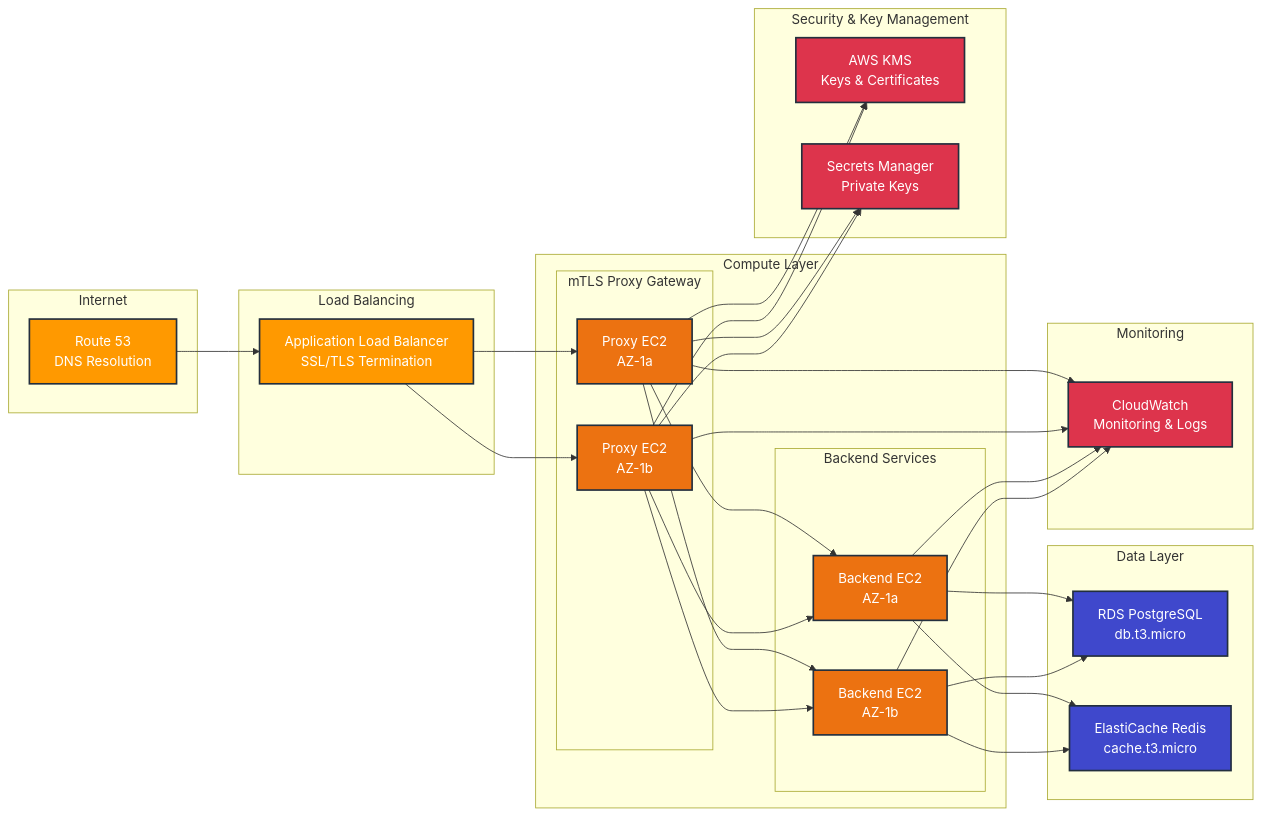
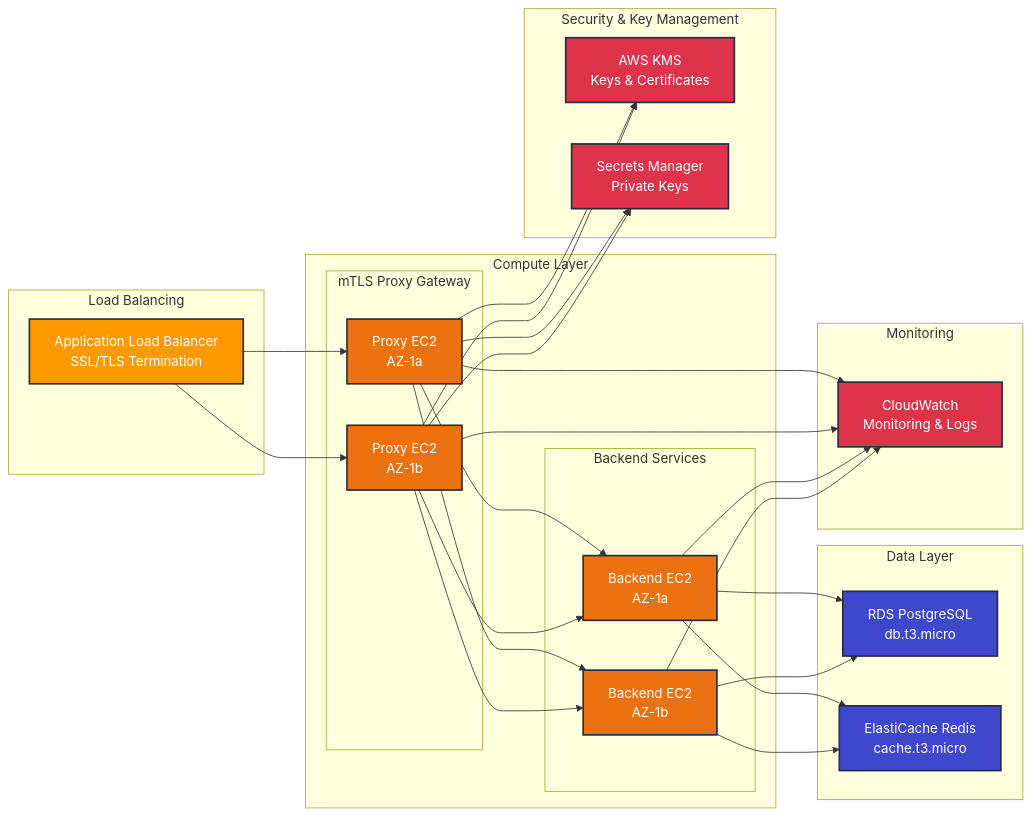
One commit to pxuanbach/Zero-Trust-API-Authentication changed the diagram in docs/diagram/Propose2_AWS_Architecture_Mermaid.md. Above: the diagram before and after it, drawn with Mermaid. The commit also changed 2 other files, not shown here.

Commit message:
Update AWS architecture docs and diagrams
Refactored architecture diagrams and documentation to remove Route 53 DNS layer, clarify component roles, and provide more detailed technical stack explanations for mTLS proxy, authentication, and backend services.

````diff
--- a/docs/diagram/Propose2_AWS_Architecture_Mermaid.md
+++ b/docs/diagram/Propose2_AWS_Architecture_Mermaid.md
@@ -3,70 +3,65 @@
 ```mermaid
 graph LR
-    subgraph "Internet"
-        DNS[Route 53<br/>DNS Resolution]
-    end
-    
     subgraph "Load Balancing"
         ALB[Application Load Balancer<br/>SSL/TLS Termination]
     end
     
     subgraph "Compute Layer"
         subgraph "mTLS Proxy Gateway"
             P1[Proxy EC2<br/>AZ-1a]
             P2[Proxy EC2<br/>AZ-1b]
         end
         
         subgraph "Backend Services"
             B1[Backend EC2<br/>AZ-1a]
             B2[Backend EC2<br/>AZ-1b]
         end
     end
     
     subgraph "Security & Key Management"
         KMS[AWS KMS<br/>Keys & Certificates]
         SM[Secrets Manager<br/>Private Keys]
     end
     
     subgraph "Data Layer"
         RDS[RDS PostgreSQL<br/>db.t3.micro]
         REDIS[ElastiCache Redis<br/>cache.t3.micro]
     end
     
     subgraph "Monitoring"
         CW[CloudWatch<br/>Monitoring & Logs]
     end
     
-    DNS --> ALB
     ALB --> P1
     ALB --> P2
     
     P1 --> B1
     P1 --> B2
     P2 --> B1
     P2 --> B2
     
     P1 --> KMS
     P1 --> SM
     P2 --> KMS
     P2 --> SM
     
     B1 --> RDS
     B1 --> REDIS
     B2 --> RDS
     B2 --> REDIS
     
     P1 --> CW
     P2 --> CW
     B1 --> CW
     B2 --> CW
     
     classDef aws fill:#FF9900,stroke:#232F3E,stroke-width:2px,color:#fff
     classDef compute fill:#EC7211,stroke:#232F3E,stroke-width:2px,color:#fff
     classDef data fill:#3F48CC,stroke:#232F3E,stroke-width:2px,color:#fff
     classDef security fill:#DD344C,stroke:#232F3E,stroke-width:2px,color:#fff
     
-    class DNS,ALB aws
+    class ALB aws
     class P1,P2,B1,B2 compute
     class RDS,REDIS data
     class KMS,SM,CW security
 ```
````
